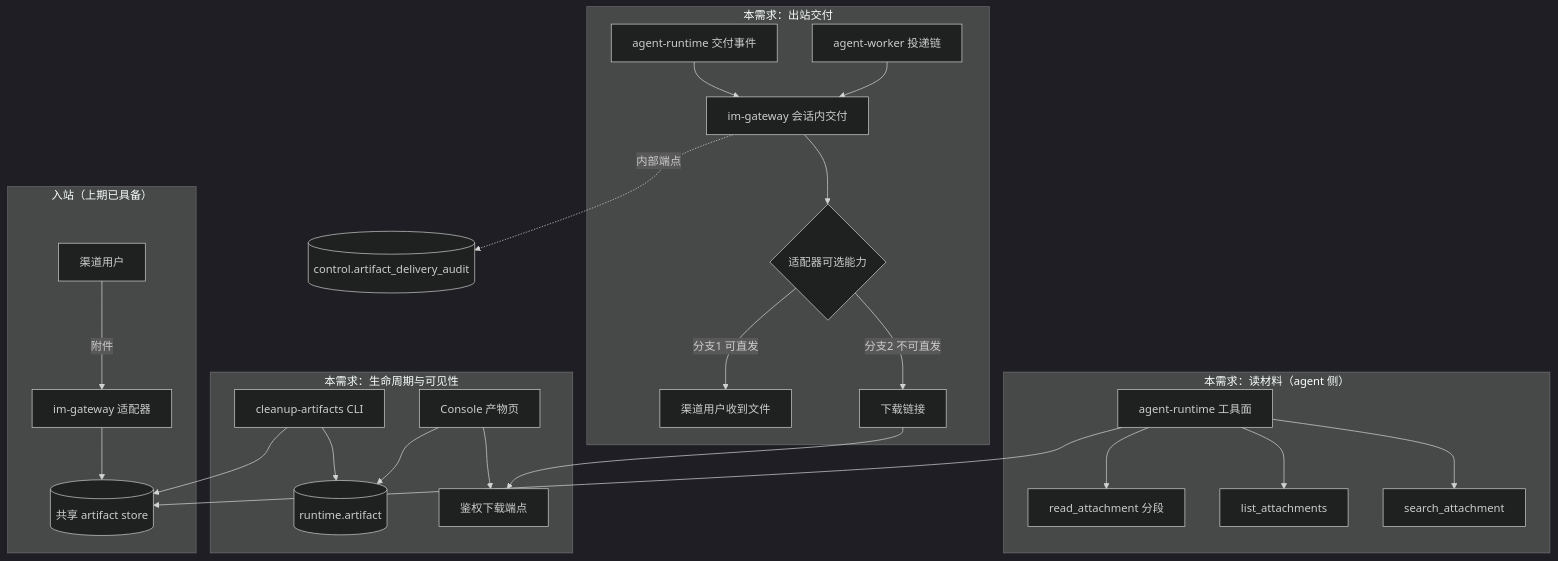
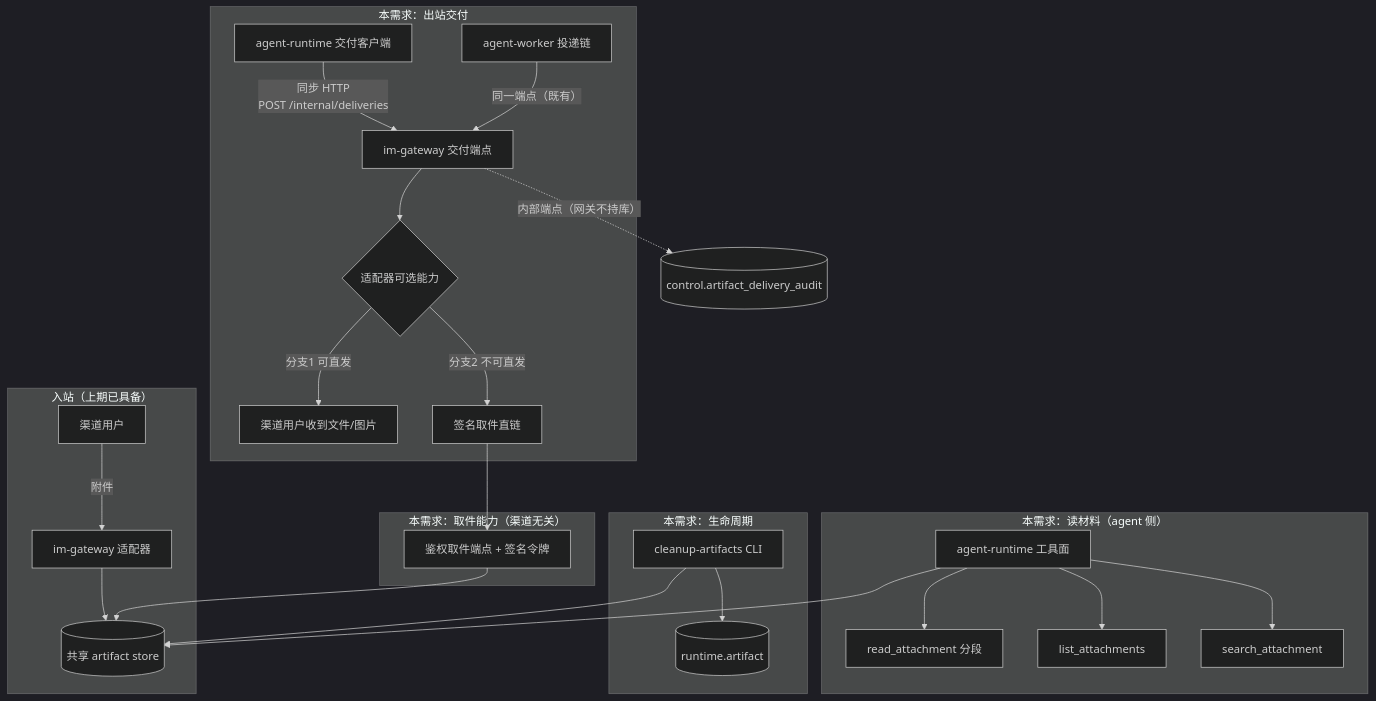
Before and after one commit to Michaelxwb/fluxion-harness: the first of 4 diagrams in .code-flow/tasks/2026-10-02/attachment-round-trip/attachment-round-trip.design.md, drawn with Mermaid (dark theme). The commit also changed other lines of this file and 2 other files, not shown here.

````diff
--- a/.code-flow/tasks/2026-10-02/attachment-round-trip/attachment-round-trip.design.md
+++ b/.code-flow/tasks/2026-10-02/attachment-round-trip/attachment-round-trip.design.md
@@ -270,28 +273,30 @@
 ```mermaid
 graph TB
     subgraph "入站（上期已具备）"
         U1["渠道用户"] -->|附件| GW1["im-gateway 适配器"]
         GW1 --> ST1[("共享 artifact store")]
     end
     subgraph "本需求：读材料（agent 侧）"
         RT1["agent-runtime 工具面"] --> ST1
         RT1 --> T1["read_attachment 分段"]
         RT1 --> T2["list_attachments"]
         RT1 --> T3["search_attachment"]
     end
     subgraph "本需求：出站交付"
-        RT2["agent-runtime 交付事件"] --> GW2["im-gateway 会话内交付"]
-        WK["agent-worker 投递链"] --> GW2
+        RT2["agent-runtime 交付客户端"] -->|"同步 HTTP<br/>POST /internal/deliveries"| GW2["im-gateway 交付端点"]
+        WK["agent-worker 投递链"] -->|"同一端点（既有）"| GW2
         GW2 --> CAP{"适配器可选能力"}
-        CAP -->|"分支1 可直发"| U2["渠道用户收到文件"]
-        CAP -->|"分支2 不可直发"| LNK["下载链接"]
+        CAP -->|"分支1 可直发"| U2["渠道用户收到文件/图片"]
+        CAP -->|"分支2 不可直发"| LNK["签名取件直链"]
     end
-    subgraph "本需求：生命周期与可见性"
+    subgraph "本需求：生命周期"
         CLI["cleanup-artifacts CLI"] --> ST1
         CLI --> DB1[("runtime.artifact")]
-        CON["Console 产物页"] --> DB1
-        CON --> DL["鉴权下载端点"]
     end
-    GW2 -.->|"内部端点"| AUD[("control.artifact_delivery_audit")]
+    subgraph "本需求：取件能力（渠道无关）"
+        DL["鉴权取件端点 + 签名令牌"]
+    end
+    GW2 -.->|"内部端点（网关不持库）"| AUD[("control.artifact_delivery_audit")]
     LNK --> DL
+    DL --> ST1
 ```
````
